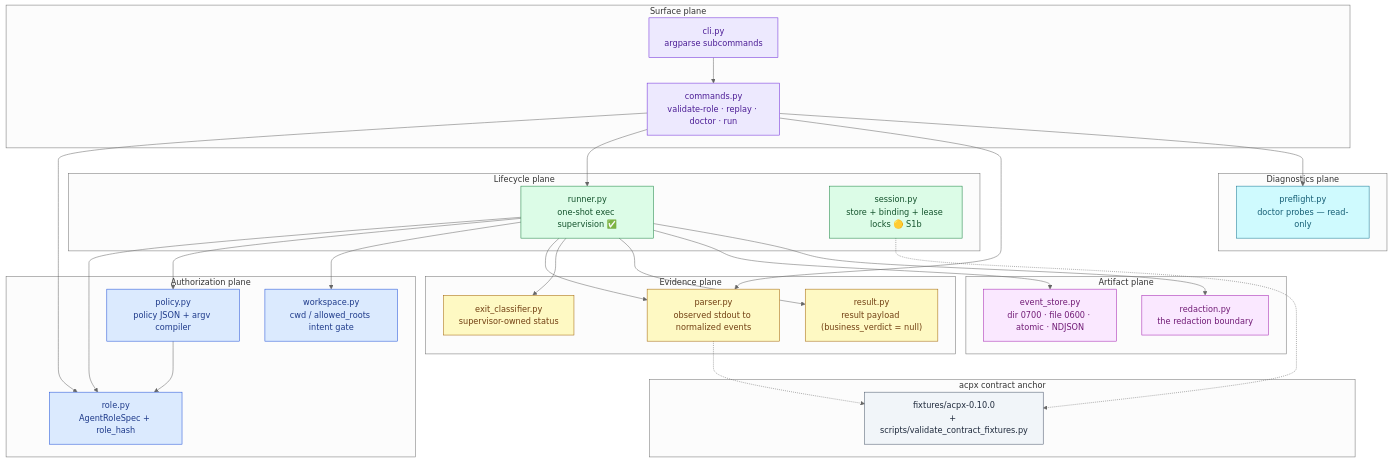
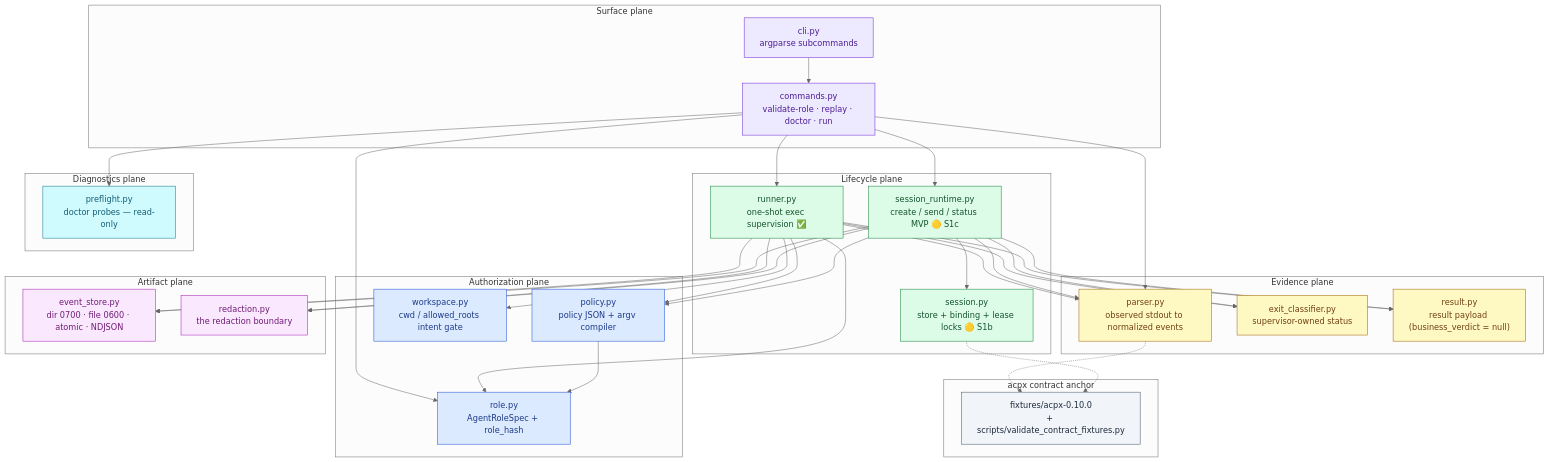
One commit to jovijovi/agent-run-supervisor changed the second of 7 diagrams in docs/design/architecture.md. Above: the diagram before and after it, drawn with Mermaid (neutral theme). The commit also changed other lines of this file and 15 other files, not shown here.

First line of the commit message:
feat: add S1c session runtime MVP

````diff
--- a/docs/design/architecture.md
+++ b/docs/design/architecture.md
@@ -126,72 +126,81 @@
 ```mermaid
 flowchart TB
     subgraph SURFACE["Surface plane"]
         CLI["cli.py<br/>argparse subcommands"]
         CMD["commands.py<br/>validate-role · replay · doctor · run"]
     end
 
     subgraph AUTHZ["Authorization plane"]
         ROLE["role.py<br/>AgentRoleSpec + role_hash"]
         POL["policy.py<br/>policy JSON + argv compiler"]
         WS["workspace.py<br/>cwd / allowed_roots intent gate"]
     end
 
     subgraph LIFE["Lifecycle plane"]
         RUN["runner.py<br/>one-shot exec supervision ✅"]
         SESS["session.py<br/>store + binding + lease locks 🟡 S1b"]
+        SESSRT["session_runtime.py<br/>create / send / status MVP 🟡 S1c"]
     end
 
     subgraph EVID["Evidence plane"]
         PARSE["parser.py<br/>observed stdout to normalized events"]
         CLASS["exit_classifier.py<br/>supervisor-owned status"]
         RES["result.py<br/>result payload (business_verdict = null)"]
     end
 
     subgraph STORE["Artifact plane"]
         ES["event_store.py<br/>dir 0700 · file 0600 · atomic · NDJSON"]
         RED["redaction.py<br/>the redaction boundary"]
     end
 
     subgraph DIAG["Diagnostics plane"]
         PRE["preflight.py<br/>doctor probes — read-only"]
     end
 
     subgraph CONTRACT["acpx contract anchor"]
         FIX["fixtures/acpx-0.10.0<br/>+ scripts/validate_contract_fixtures.py"]
     end
 
     CLI --> CMD
     CMD --> ROLE
     CMD --> RUN
     CMD --> PARSE
     CMD --> PRE
     RUN --> ROLE
     RUN --> POL
     RUN --> WS
     RUN --> PARSE
     RUN --> CLASS
     RUN --> RES
     RUN --> ES
     RUN --> RED
     POL --> ROLE
     PARSE -.-> FIX
     SESS -.-> FIX
+    CMD --> SESSRT
+    SESSRT --> SESS
+    SESSRT --> POL
+    SESSRT --> PARSE
+    SESSRT --> CLASS
+    SESSRT --> RES
+    SESSRT --> ES
+    SESSRT --> RED
 
     classDef surface fill:#ede9fe,stroke:#6d28d9,color:#4c1d95;
     classDef authz fill:#dbeafe,stroke:#1d4ed8,color:#1e3a8a;
     classDef life fill:#dcfce7,stroke:#15803d,color:#14532d;
     classDef evid fill:#fef9c3,stroke:#a16207,color:#713f12;
     classDef store fill:#fae8ff,stroke:#a21caf,color:#701a75;
     classDef diag fill:#cffafe,stroke:#0e7490,color:#155e75;
     classDef contract fill:#f1f5f9,stroke:#475569,color:#1e293b;
     classDef planned fill:#f8fafc,stroke:#64748b,color:#334155,stroke-dasharray: 5 5;
 
     class CLI,CMD surface;
     class ROLE,POL,WS authz;
     class RUN life;
-    class SESS life;
+    class SESS,SESSRT life;
     class PARSE,CLASS,RES evid;
     class ES,RED store;
     class PRE diag;
     class FIX contract;
 ```
````
